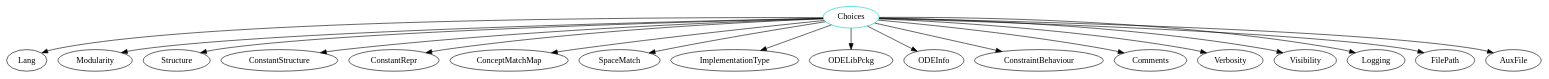
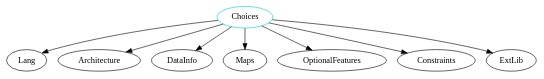
Before and after one commit to JacquesCarette/Drasil: the diagram in analysis/TypeDependencyGraphs/code/Choices.dot, drawn with Graphviz. The commit also changed 359 other files, not shown here.

```diff
--- a/analysis/TypeDependencyGraphs/code/Choices.dot
+++ b/analysis/TypeDependencyGraphs/code/Choices.dot
@@ -1,20 +1,10 @@
 digraph choices{
 Choices	[shape=oval, color=cyan3, label="Choices"];
 Choices -> Lang;
-Choices -> Modularity;
-Choices -> Structure;
-Choices -> ConstantStructure;
-Choices -> ConstantRepr;
-Choices -> ConceptMatchMap;
-Choices -> SpaceMatch;
-Choices -> ImplementationType;
-Choices -> ODELibPckg;
-Choices -> ODEInfo;
-Choices -> ConstraintBehaviour;
-Choices -> Comments;
-Choices -> Verbosity;
-Choices -> Visibility;
-Choices -> Logging;
-Choices -> FilePath;
-Choices -> AuxFile;
+Choices -> Architecture;
+Choices -> DataInfo;
+Choices -> Maps;
+Choices -> OptionalFeatures;
+Choices -> Constraints;
+Choices -> ExtLib;
 }
```
